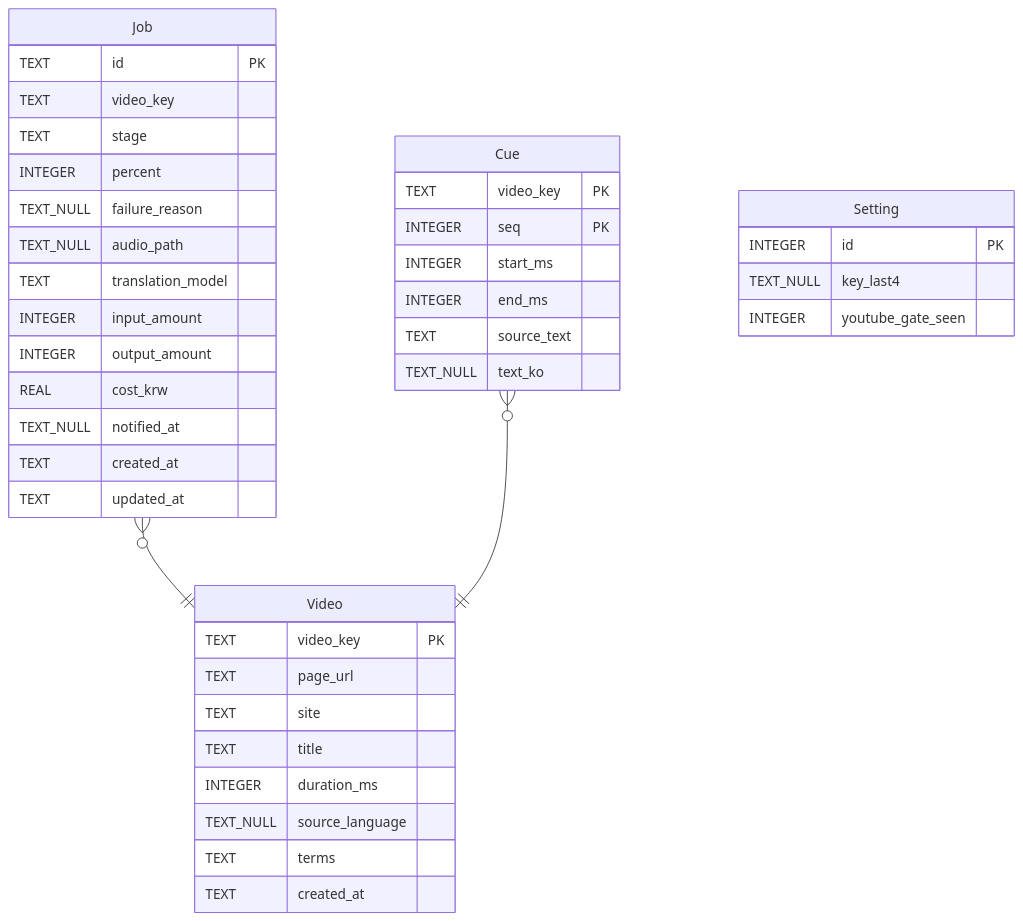
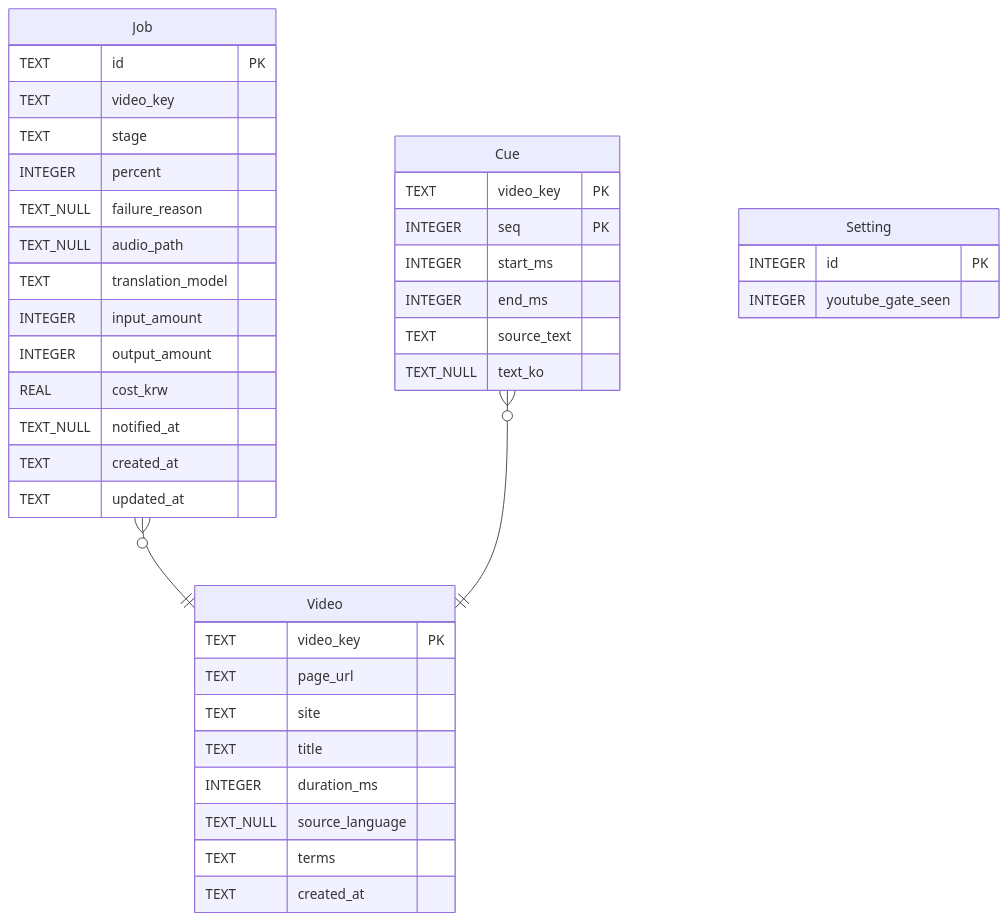
Before and after one commit to LittleBitAI/video-translate-overlay-2: the first of 7 diagrams in docs/design/backend.md, drawn with Mermaid. The commit also changed 64 other files, not shown here.

````diff
--- a/docs/design/backend.md
+++ b/docs/design/backend.md
@@ -63,43 +63,42 @@
 ```mermaid
 erDiagram
     Video {
         TEXT video_key PK
         TEXT page_url
         TEXT site
         TEXT title
         INTEGER duration_ms
         TEXT_NULL source_language
         TEXT terms
         TEXT created_at
     }
     Job {
         TEXT id PK
         TEXT video_key
         TEXT stage
         INTEGER percent
         TEXT_NULL failure_reason
         TEXT_NULL audio_path
         TEXT translation_model
         INTEGER input_amount
         INTEGER output_amount
         REAL cost_krw
         TEXT_NULL notified_at
         TEXT created_at
         TEXT updated_at
     }
     Cue {
         TEXT video_key PK
         INTEGER seq PK
         INTEGER start_ms
         INTEGER end_ms
         TEXT source_text
         TEXT_NULL text_ko
     }
     Setting {
         INTEGER id PK
-        TEXT_NULL key_last4
         INTEGER youtube_gate_seen
     }
     Job }o--|| Video : ""
     Cue }o--|| Video : ""
 ```
````
